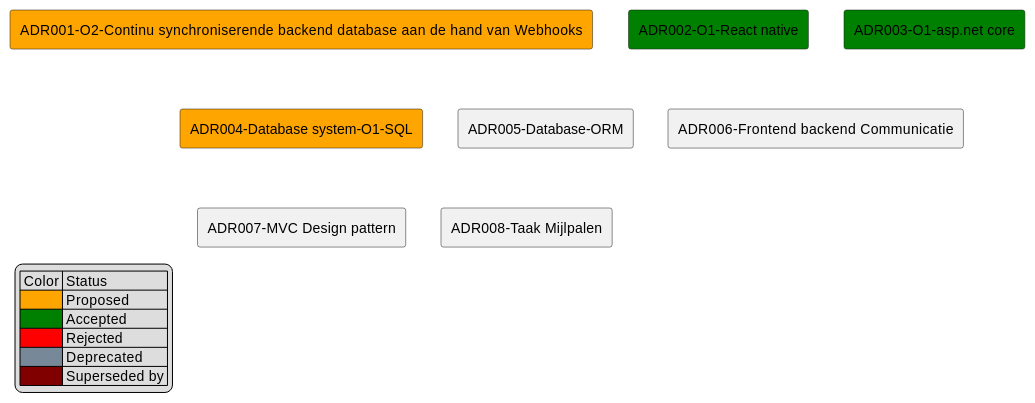
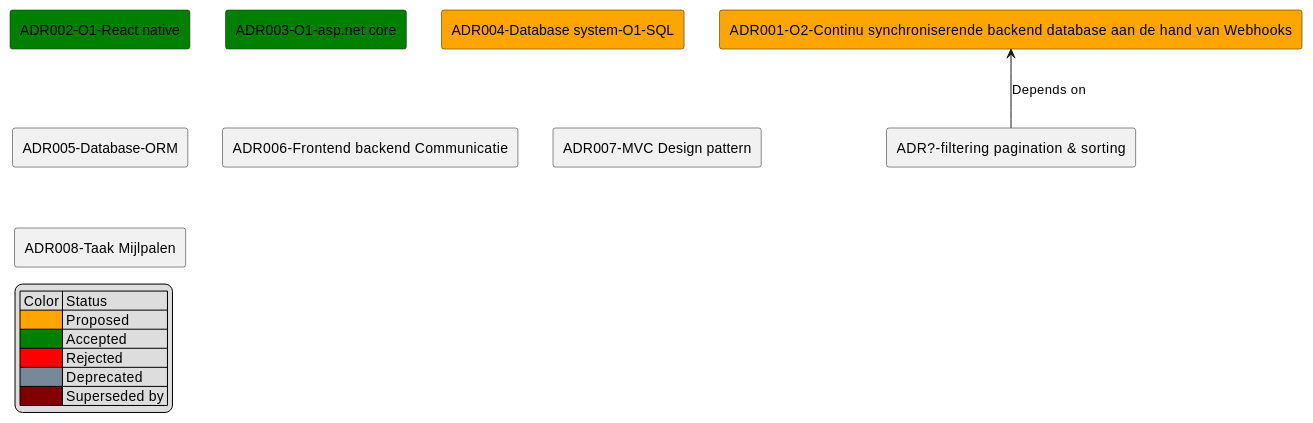
Diagram 11 of 11 in Documentatie/SoftwareArchitectureDocument.md (DCReceveur/pre-afstudeer-docs), drawn with PlantUML before and after one commit. The commit also changed other lines of this file and 3 other files, not shown here.

````diff
--- a/Documentatie/SoftwareArchitectureDocument.md
+++ b/Documentatie/SoftwareArchitectureDocument.md
@@ -468,21 +520,25 @@
 ```plantuml
 
-rectangle "ADR001-O2-Continu synchroniserende backend database aan de hand van Webhooks" as ADR001o2 #Orange
+rectangle "ADR001-O2-Continu synchroniserende backend database aan de hand van Webhooks" as ADR001 #Orange
 rectangle "ADR002-O1-React native" as ADR002 #Green
 rectangle "ADR003-O1-asp.net core" as ADR003 #Green
 rectangle "ADR004-Database system-O1-SQL" as ADR004 #Orange
 rectangle "ADR005-Database-ORM"
 rectangle "ADR006-Frontend backend Communicatie"
 rectangle "ADR007-MVC Design pattern"
 rectangle "ADR008-Taak Mijlpalen"
+rectangle "ADR?-filtering pagination & sorting" as Sorting
+
+
+ADR001 <-- Sorting : Depends on
 
 legend left
     | Color | Status |
     |<#Orange>| Proposed |
     |<#Green>| Accepted |
     |<#Red>| Rejected |
     | <#LightSlateGray> | Deprecated |
     | <#Maroon> | Superseded by |
 endlegend
 
 ```
````
